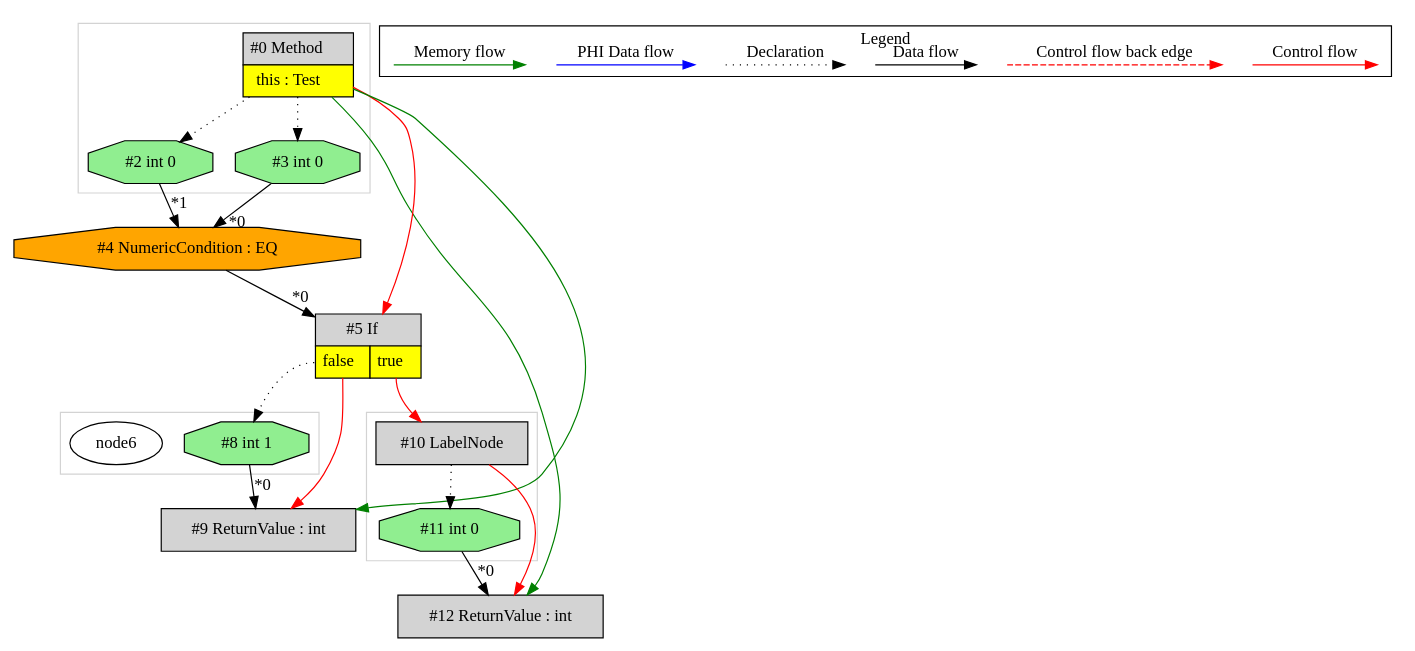
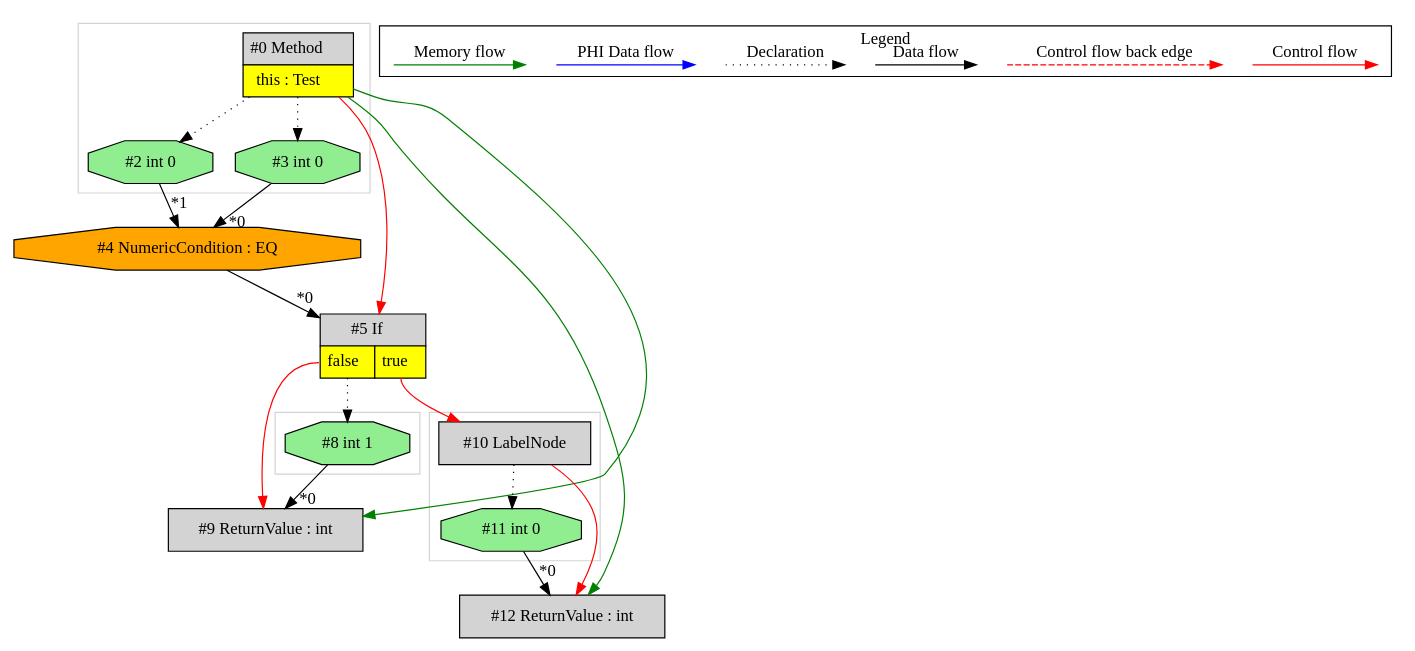
Before and after one commit to mirkosertic/MetaIR: the diagram in de.mirkosertic.metair.ir.OpcodeIFICMPEQTest/test_IF_ICMPEQ/ir.dot, drawn with Graphviz. The commit also changed 1238 other files, not shown here.

```diff
--- a/de.mirkosertic.metair.ir.OpcodeIFICMPEQTest/test_IF_ICMPEQ/ir.dot
+++ b/de.mirkosertic.metair.ir.OpcodeIFICMPEQTest/test_IF_ICMPEQ/ir.dot
@@ -1,70 +1,69 @@
 digraph {
  ordering="in";
  node0[margin="0", label=<<table border="0" cellborder="1" cellspacing="0" cellpadding="5"><tr><td colspan="1">#0 Method</td></tr><tr><td port="prj1" bgcolor="yellow">this : Test</td></tr></table>>,shape=none, fillcolor=lightgrey, style=filled];
- node12[label="#12 ReturnValue : int",shape=box, fillcolor=lightgrey, style=filled];
- node11 -> node12[headlabel="*0", labeldistance=2];
- node10 -> node12[labeldistance=2, color=red, fontcolor=red];
- node0 -> node12[labeldistance=2, color=green, constraint=false];
- node10[label="#10 LabelNode",shape=box, fillcolor=lightgrey, style=filled];
- node5:prj7 -> node10[labeldistance=2, color=red, fontcolor=red];
  node5[margin="0", label=<<table border="0" cellborder="1" cellspacing="0" cellpadding="5"><tr><td colspan="2">#5 If</td></tr><tr><td port="prj6" bgcolor="yellow">false</td><td port="prj7" bgcolor="yellow">true</td></tr></table>>,shape=none, fillcolor=lightgrey, style=filled];
  node4 -> node5[headlabel="*0", labeldistance=2];
  node0 -> node5[labeldistance=2, color=red, fontcolor=red];
  node4[label="#4 NumericCondition : EQ",shape=octagon, fillcolor=orange, style=filled];
  node3 -> node4[headlabel="*0", labeldistance=2];
  node2 -> node4[headlabel="*1", labeldistance=2];
  node2[label="#2 int 0",shape=octagon, fillcolor=lightgreen, style=filled];
  node0 -> node2[style=dotted];
  node3[label="#3 int 0",shape=octagon, fillcolor=lightgreen, style=filled];
  node0 -> node3[style=dotted];
- node8[label="#8 int 1",shape=octagon, fillcolor=lightgreen, style=filled];
- node5:prj6 -> node8[style=dotted];
+ node10[label="#10 LabelNode",shape=box, fillcolor=lightgrey, style=filled];
+ node5:prj7 -> node10[labeldistance=2, color=red, fontcolor=red];
+ node12[label="#12 ReturnValue : int",shape=box, fillcolor=lightgrey, style=filled];
+ node11 -> node12[headlabel="*0", labeldistance=2];
+ node10 -> node12[labeldistance=2, color=red, fontcolor=red];
+ node0 -> node12[labeldistance=2, color=green, constraint=false];
+ node11[label="#11 int 0",shape=octagon, fillcolor=lightgreen, style=filled];
+ node10 -> node11[style=dotted];
  node9[label="#9 ReturnValue : int",shape=box, fillcolor=lightgrey, style=filled];
  node8 -> node9[headlabel="*0", labeldistance=2];
  node5:prj6 -> node9[labeldistance=2, color=red, fontcolor=red];
  node0 -> node9[labeldistance=2, color=green, constraint=false];
- node11[label="#11 int 0",shape=octagon, fillcolor=lightgreen, style=filled];
- node10 -> node11[style=dotted];
+ node8[label="#8 int 1",shape=octagon, fillcolor=lightgreen, style=filled];
+ node5:prj6 -> node8[style=dotted];
  subgraph cluster_0 {
+  color=lightgray;
+  node8;
+ }
+ subgraph cluster_1 {
   color=lightgray;
   node10;
   node11;
- }
- subgraph cluster_1 {
-  color=lightgray;
-  node6;
-  node8;
  }
  subgraph cluster_2 {
   color=lightgray;
   node0;
   node2;
   node3;
  }
  subgraph cluster_000 {
   label = "Legend";
   node [shape=point]
   {
    rank=same;
    c0 [style = invis];
    c1 [style = invis];
    c2 [style = invis];
    c3 [style = invis];
    d0 [style = invis];
    d1 [style = invis];
    d2 [style = invis];
    d3 [style = invis];
    d4 [style = invis];
    d5 [style = invis];
    d6 [style = invis];
    d7 [style = invis];
   }
   c0 -> c1 [label="Control flow", style=solid, color=red]
   c2 -> c3 [label="Control flow back edge", style=dashed, color=red]
   d0 -> d1 [label="Data flow"]
   d2 -> d3 [label="Declaration", style=dotted]
   d4 -> d5 [label="PHI Data flow", color=blue]
   d6 -> d7 [label="Memory flow", color=green]
  }
 
 }
```
